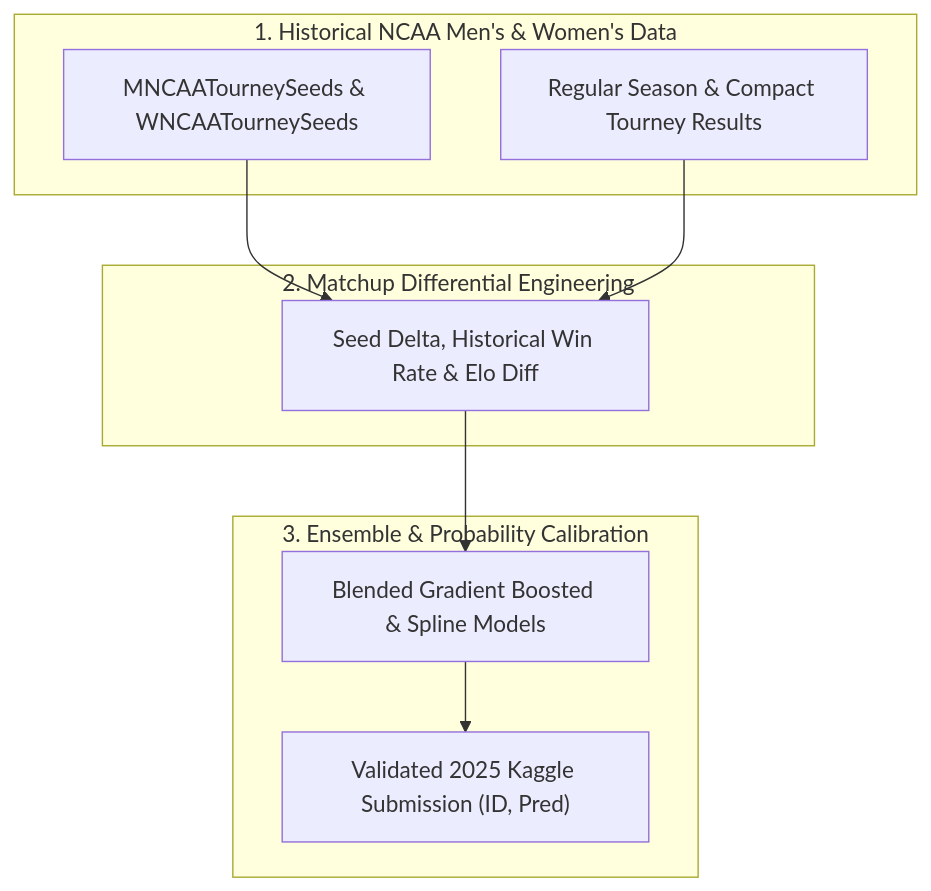
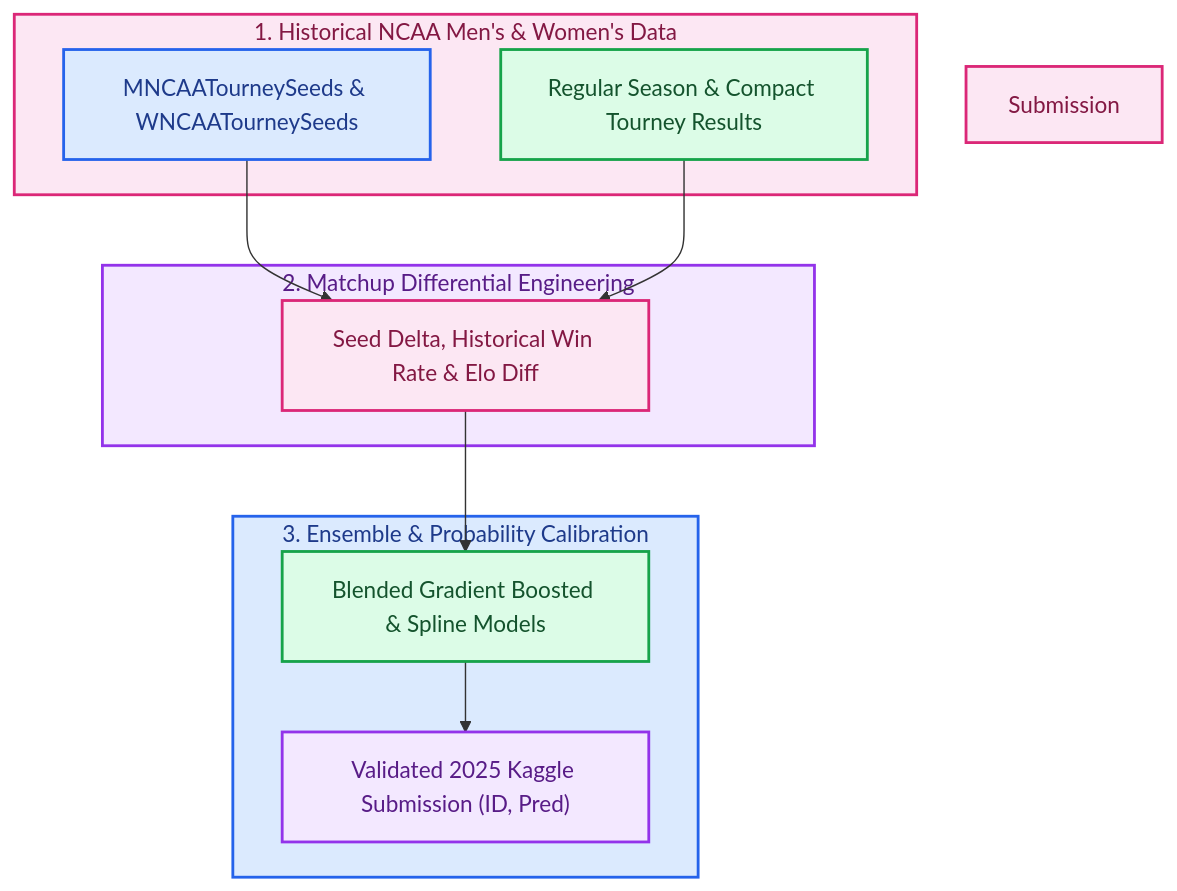
Before and after one commit to RobinaMirbahar/March-Mania-2025---Kaggle-Competition: the diagram in README.md, drawn with Mermaid. The commit also changed other lines of this file, not shown here.

Commit message:
docs: add 3-line Author & Companion Publication header, color-coded Mermaid diagram, and remove repetitive footer

````diff
--- a/README.md
+++ b/README.md
@@ -23,15 +23,24 @@
 ```mermaid
 flowchart TD
     subgraph Data ["1. Historical NCAA Men's & Women's Data"]
         D_Seed["MNCAATourneySeeds & WNCAATourneySeeds"]
         D_Res["Regular Season & Compact Tourney Results"]
     end
     subgraph Feat ["2. Matchup Differential Engineering"]
         F_Diff["Seed Delta, Historical Win Rate & Elo Diff"]
     end
     subgraph Model ["3. Ensemble & Probability Calibration"]
         M_Fit["Blended Gradient Boosted & Spline Models"]
         M_Sub["Validated 2025 Kaggle Submission (ID, Pred)"]
     end
     D_Seed & D_Res --> F_Diff --> M_Fit --> M_Sub
+    style Data fill:#fce7f3,stroke:#db2777,stroke-width:2px,color:#831843
+    style D_Seed fill:#dbeafe,stroke:#2563eb,stroke-width:2px,color:#1e3a8a
+    style D_Res fill:#dcfce7,stroke:#16a34a,stroke-width:2px,color:#14532d
+    style Feat fill:#f3e8ff,stroke:#9333ea,stroke-width:2px,color:#581c87
+    style F_Diff fill:#fce7f3,stroke:#db2777,stroke-width:2px,color:#831843
+    style Model fill:#dbeafe,stroke:#2563eb,stroke-width:2px,color:#1e3a8a
+    style M_Fit fill:#dcfce7,stroke:#16a34a,stroke-width:2px,color:#14532d
+    style M_Sub fill:#f3e8ff,stroke:#9333ea,stroke-width:2px,color:#581c87
+    style Submission fill:#fce7f3,stroke:#db2777,stroke-width:2px,color:#831843
 ```
````
